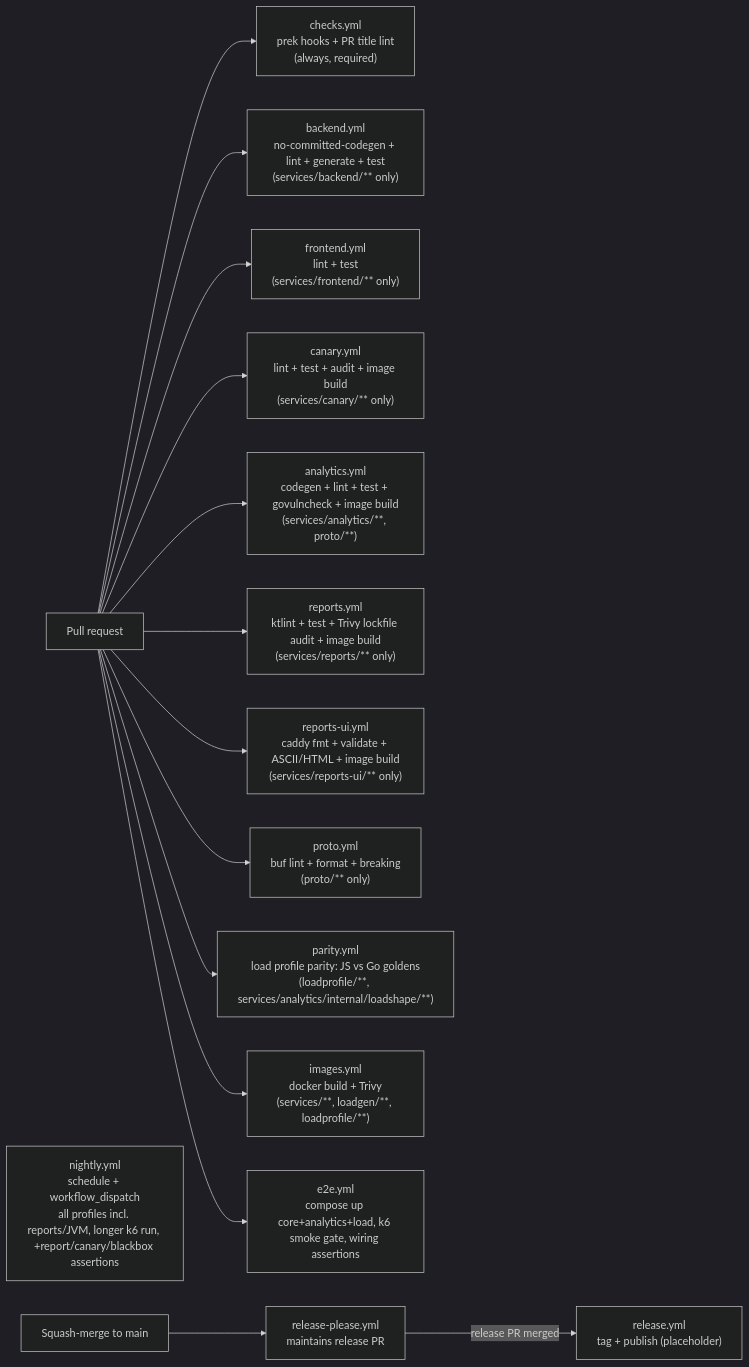
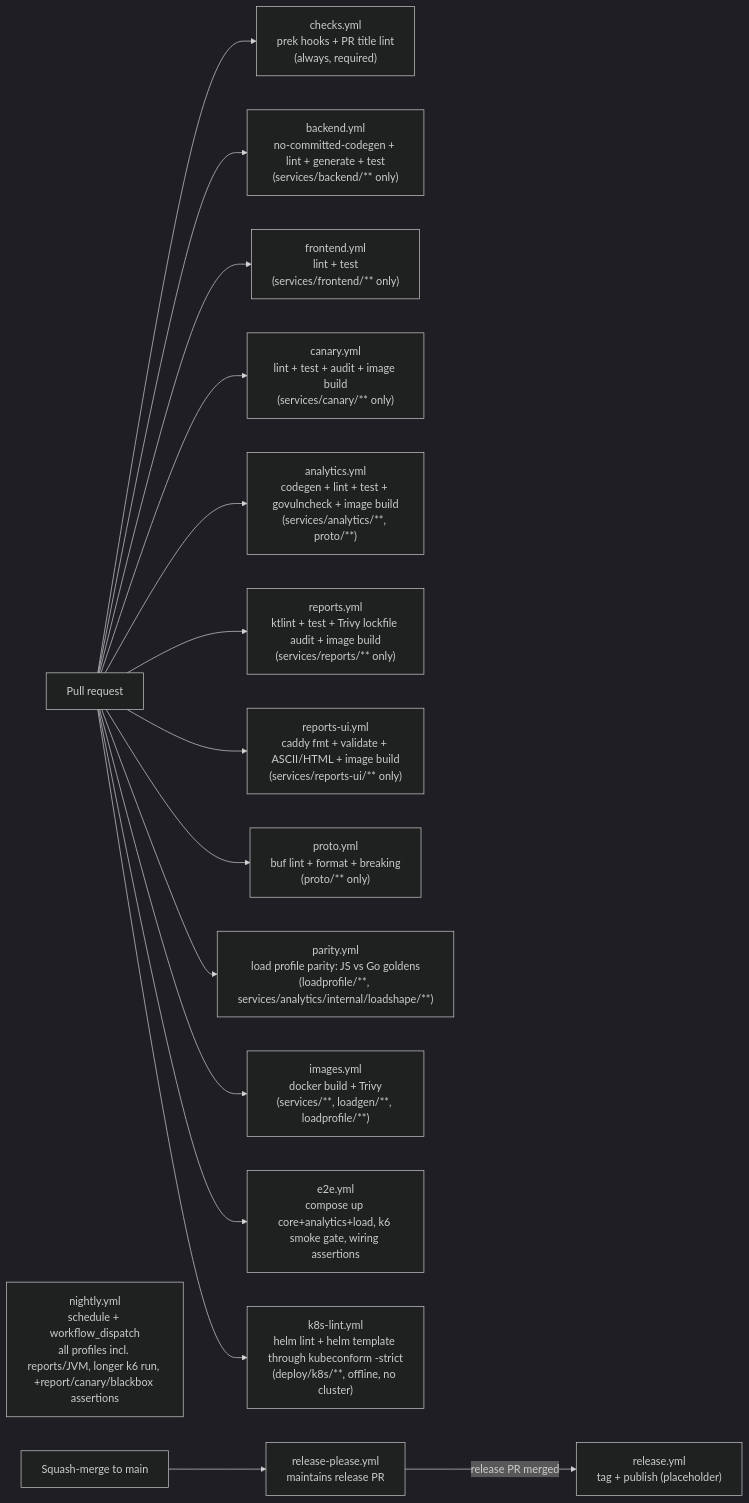
One commit to vovinacci/devops-demo changed the diagram in docs/ci.md. Above: the diagram before and after it, drawn with Mermaid (dark theme). The commit also changed other lines of this file and 61 other files, not shown here.

First line of the commit message:
feat(k8s): Helm packaging -- library chart, per-service charts, umbrella (RFC-0003 PR-2) (#201)

````diff
--- a/docs/ci.md
+++ b/docs/ci.md
@@ -12,17 +12,18 @@
 ```mermaid
 flowchart LR
     pr[Pull request] --> checks["checks.yml<br/>prek hooks + PR title lint<br/>(always, required)"]
     pr --> be["backend.yml<br/>no-committed-codegen + lint + generate + test<br/>(services/backend/** only)"]
     pr --> fe["frontend.yml<br/>lint + test<br/>(services/frontend/** only)"]
     pr --> ca["canary.yml<br/>lint + test + audit + image build<br/>(services/canary/** only)"]
     pr --> an["analytics.yml<br/>codegen + lint + test + govulncheck + image build<br/>(services/analytics/**, proto/**)"]
     pr --> rep["reports.yml<br/>ktlint + test + Trivy lockfile audit + image build<br/>(services/reports/** only)"]
     pr --> repui["reports-ui.yml<br/>caddy fmt + validate + ASCII/HTML + image build<br/>(services/reports-ui/** only)"]
     pr --> proto["proto.yml<br/>buf lint + format + breaking<br/>(proto/** only)"]
     pr --> par["parity.yml<br/>load profile parity: JS vs Go goldens<br/>(loadprofile/**, services/analytics/internal/loadshape/**)"]
     pr --> img["images.yml<br/>docker build + Trivy<br/>(services/**, loadgen/**, loadprofile/**)"]
     pr --> e2e["e2e.yml<br/>compose up core+analytics+load, k6 smoke gate, wiring assertions"]
+    pr --> k8s["k8s-lint.yml<br/>helm lint + helm template through kubeconform -strict<br/>(deploy/k8s/**, offline, no cluster)"]
     night["nightly.yml<br/>schedule + workflow_dispatch<br/>all profiles incl. reports/JVM, longer k6 run, +report/canary/blackbox assertions"]
     merge[Squash-merge to main] --> rp["release-please.yml<br/>maintains release PR"]
     rp -->|release PR merged| rel["release.yml<br/>tag + publish (placeholder)"]
 ```
````
